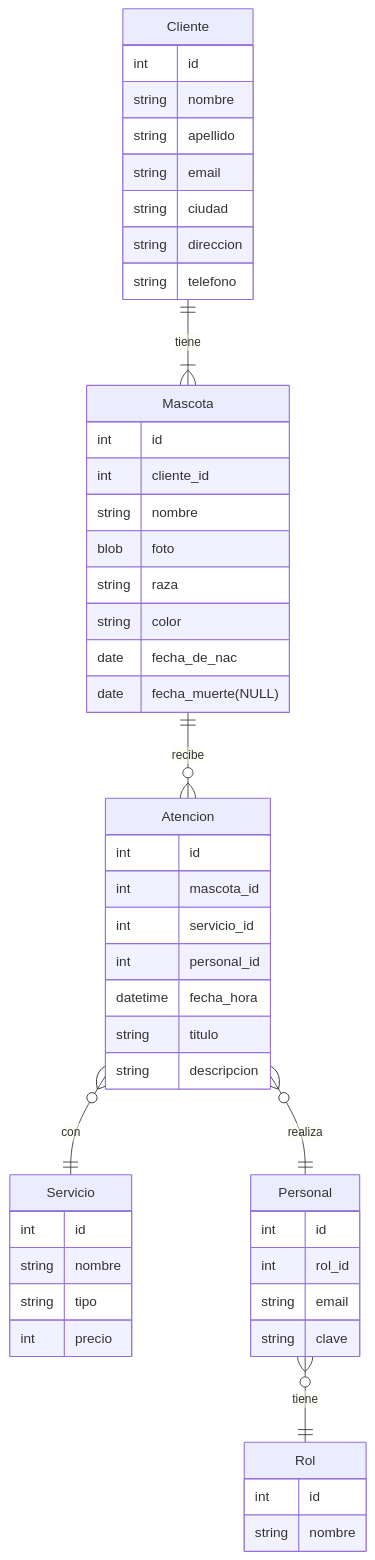
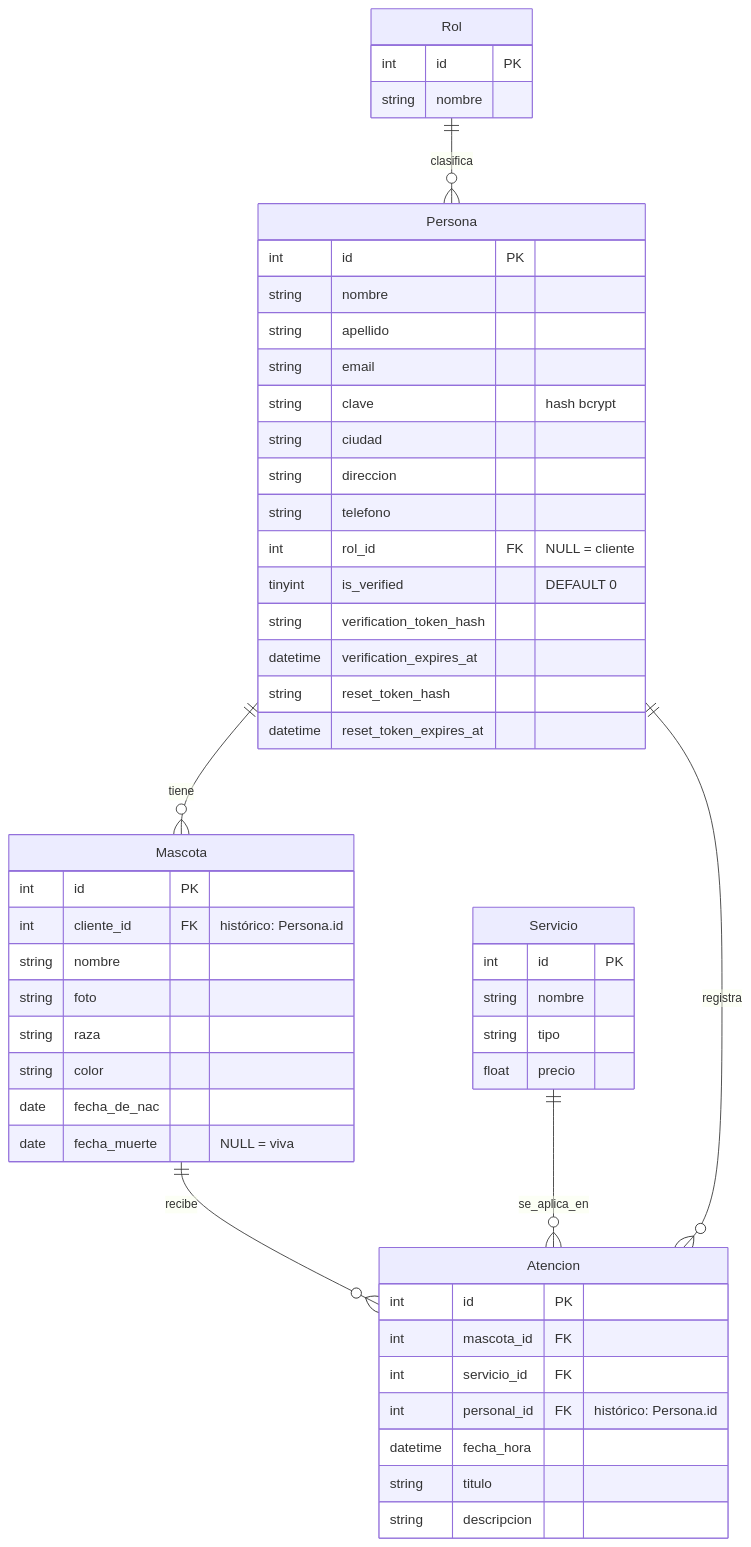
The diagram in README.md (mateoregodesebes/Pagina-Veterinaria), drawn with Mermaid before and after one commit. The commit also changed other lines of this file and 3 other files, not shown here.

````diff
--- a/README.md
+++ b/README.md
@@ -31,53 +33,54 @@
 ```mermaid
 erDiagram
-    Cliente {
-        int id
+    Persona {
+        int id PK
         string nombre
         string apellido
         string email
+        string clave "hash bcrypt"
         string ciudad
         string direccion
         string telefono
+        int rol_id FK "NULL = cliente"
+        tinyint is_verified "DEFAULT 0"
+        string verification_token_hash
+        datetime verification_expires_at
+        string reset_token_hash
+        datetime reset_token_expires_at
     }
     Mascota {
-        int id
-        int cliente_id
+        int id PK
+        int cliente_id FK "histórico: Persona.id"
         string nombre
-        blob foto
+        string foto
         string raza
         string color
         date fecha_de_nac
-        date fecha_muerte(NULL)
+        date fecha_muerte "NULL = viva"
     }
     Atencion {
-      int id
-      int mascota_id
-      int servicio_id
-      int personal_id
-      datetime fecha_hora
-      string titulo
-      string descripcion
+        int id PK
+        int mascota_id FK
+        int servicio_id FK
+        int personal_id FK "histórico: Persona.id"
+        datetime fecha_hora
+        string titulo
+        string descripcion
     }
     Servicio {
-        int id
+        int id PK
         string nombre
         string tipo
-        int precio
-    }
-    Personal {
-      int id
-      int rol_id
-      string email
-      string clave
+        float precio
     }
     Rol {
-      int id
-      string nombre
+        int id PK
+        string nombre
     }
 
+    Rol ||--o{ Persona : clasifica
+    Persona ||--o{ Mascota : tiene
     Mascota ||--o{ Atencion : recibe
-    Cliente ||--|{ Mascota : tiene
-    Atencion }o--|| Servicio: con
-    Personal }o--|| Rol: tiene
-    Atencion }o--|| Personal: realiza
+    Servicio ||--o{ Atencion : se_aplica_en
+    Persona ||--o{ Atencion : registra
 ```
````
